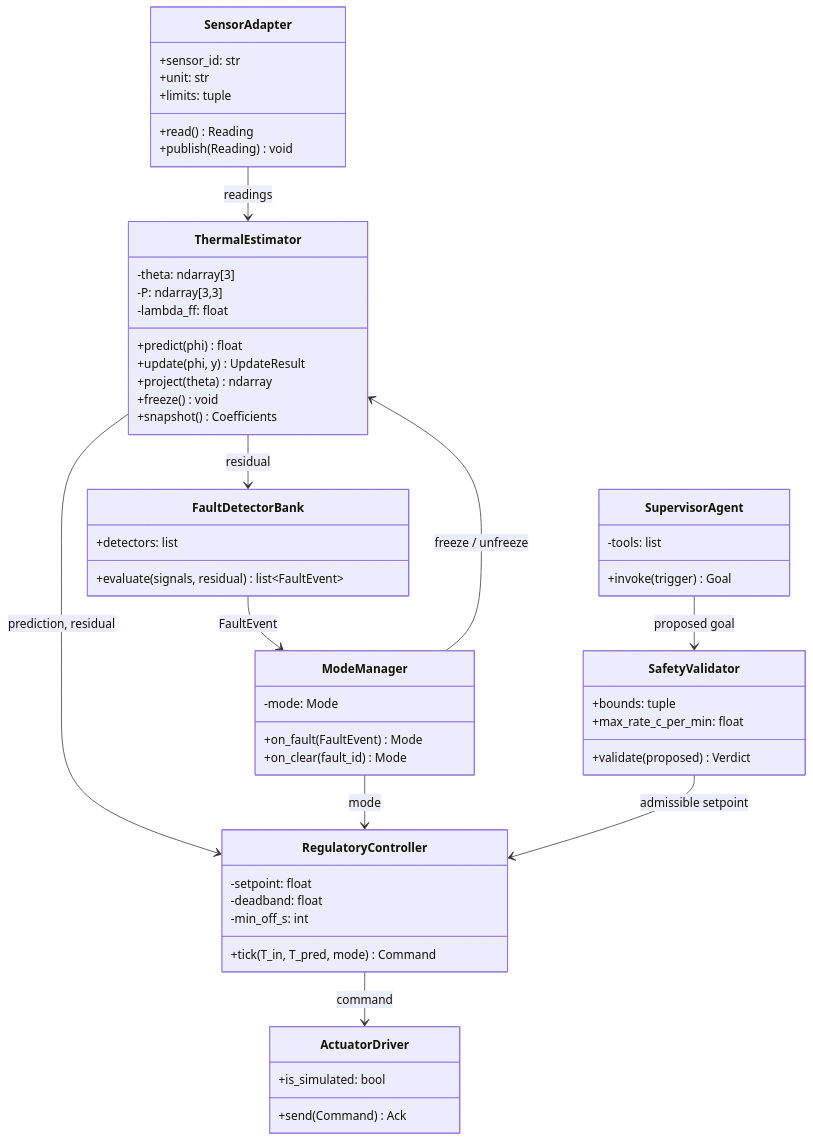
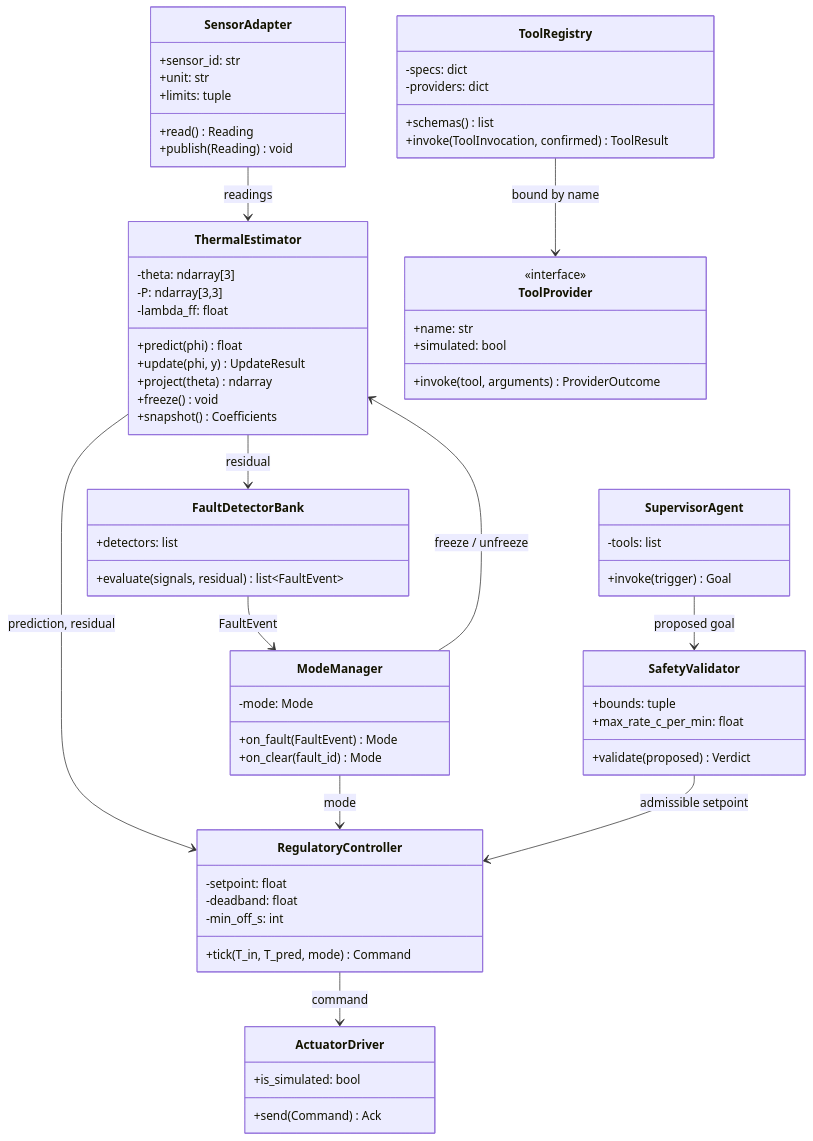
The sixth of 12 diagrams in docs/DESIGN.md (udbhav07/edge-smart-space), drawn with Mermaid before and after one commit. The commit also changed other lines of this file and 6 other files, not shown here.

````diff
--- a/docs/DESIGN.md
+++ b/docs/DESIGN.md
@@ -453,58 +462,71 @@
 ```mermaid
 classDiagram
     class SensorAdapter {
         +sensor_id: str
         +unit: str
         +limits: tuple
         +read() Reading
         +publish(Reading) void
     }
     class ThermalEstimator {
         -theta: ndarray[3]
         -P: ndarray[3,3]
         -lambda_ff: float
         +predict(phi) float
         +update(phi, y) UpdateResult
         +project(theta) ndarray
         +freeze() void
         +snapshot() Coefficients
     }
     class RegulatoryController {
         -setpoint: float
         -deadband: float
         -min_off_s: int
         +tick(T_in, T_pred, mode) Command
     }
     class SafetyValidator {
         +bounds: tuple
         +max_rate_c_per_min: float
         +validate(proposed) Verdict
     }
     class FaultDetectorBank {
         +detectors: list
         +evaluate(signals, residual) list~FaultEvent~
     }
     class ModeManager {
         -mode: Mode
         +on_fault(FaultEvent) Mode
         +on_clear(fault_id) Mode
     }
     class SupervisorAgent {
         -tools: list
         +invoke(trigger) Goal
     }
     class ActuatorDriver {
         +is_simulated: bool
         +send(Command) Ack
     }
+    class ToolRegistry {
+        -specs: dict
+        -providers: dict
+        +schemas() list
+        +invoke(ToolInvocation, confirmed) ToolResult
+    }
+    class ToolProvider {
+        <<interface>>
+        +name: str
+        +simulated: bool
+        +invoke(tool, arguments) ProviderOutcome
+    }
 
     ThermalEstimator --> RegulatoryController : prediction, residual
     ThermalEstimator --> FaultDetectorBank : residual
     FaultDetectorBank --> ModeManager : FaultEvent
     ModeManager --> ThermalEstimator : freeze / unfreeze
     ModeManager --> RegulatoryController : mode
     SupervisorAgent --> SafetyValidator : proposed goal
     SafetyValidator --> RegulatoryController : admissible setpoint
     RegulatoryController --> ActuatorDriver : command
     SensorAdapter --> ThermalEstimator : readings
+    ToolRegistry --> ToolProvider : bound by name
 ```
````
